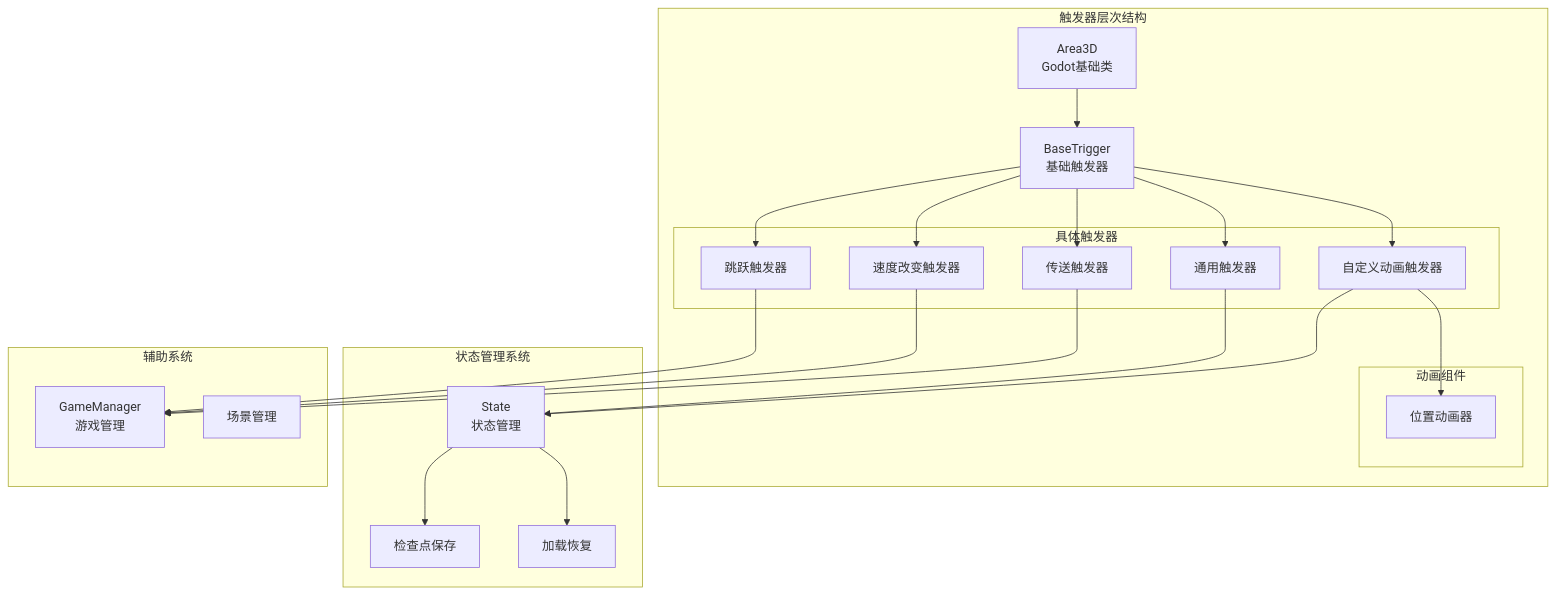
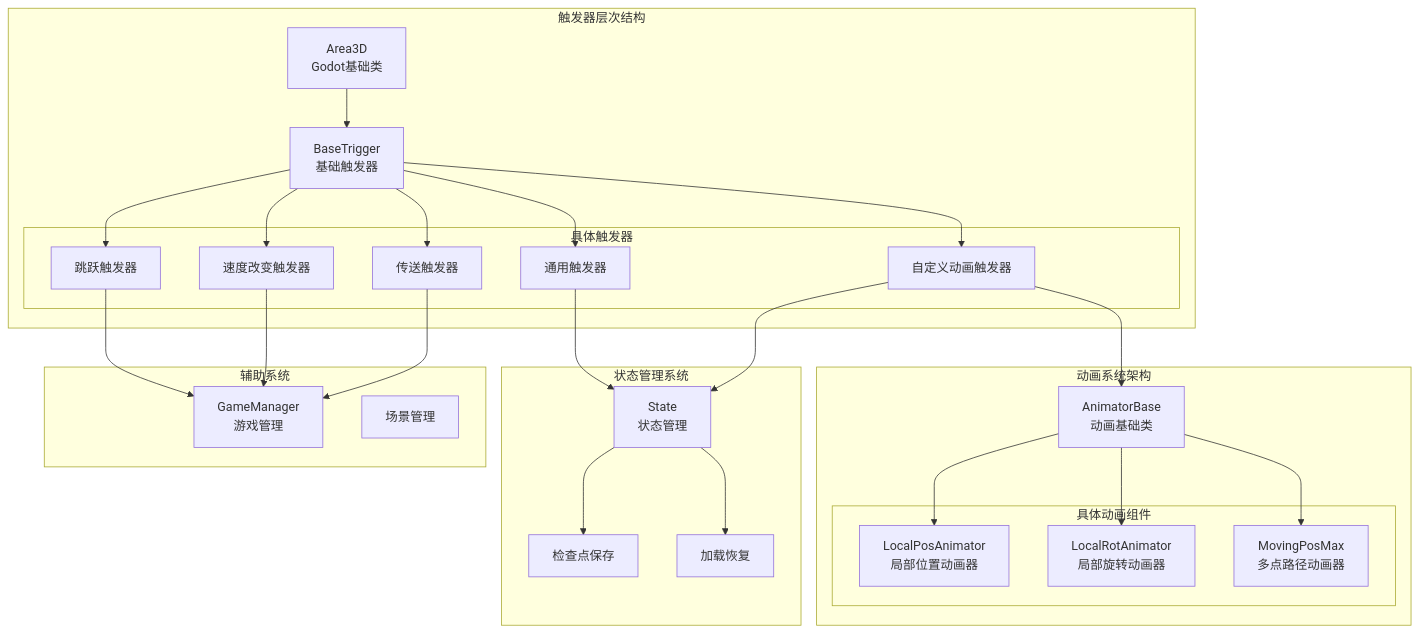
One commit to godotline/godot-line changed the third of 9 diagrams in .qoder/repowiki/zh/content/Base Trigger.md. Above: the diagram before and after it, drawn with Mermaid. The commit also changed other lines of this file and 13 other files, not shown here.

````diff
--- a/.qoder/repowiki/zh/content/Base Trigger.md
+++ b/.qoder/repowiki/zh/content/Base Trigger.md
@@ -183,40 +237,48 @@
 ```mermaid
 graph TB
 subgraph "触发器层次结构"
 AT[Area3D<br/>Godot基础类]
 BT[BaseTrigger<br/>基础触发器]
 subgraph "具体触发器"
 CT[通用触发器]
 JT[跳跃触发器]
 CST[速度改变触发器]
 TPT[传送触发器]
 CAT[自定义动画触发器]
 end
-subgraph "动画组件"
-TA[位置动画器]
+end
+subgraph "动画系统架构"
+AB[AnimatorBase<br/>动画基础类]
+subgraph "具体动画组件"
+LPA[LocalPosAnimator<br/>局部位置动画器]
+LRA[LocalRotAnimator<br/>局部旋转动画器]
+MPM[MovingPosMax<br/>多点路径动画器]
 end
 end
 subgraph "状态管理系统"
 SM[State<br/>状态管理]
 CP[检查点保存]
 LR[加载恢复]
 end
 subgraph "辅助系统"
 GM[GameManager<br/>游戏管理]
 SC[场景管理]
 end
 AT --> BT
 BT --> CT
 BT --> JT
 BT --> CST
 BT --> TPT
 BT --> CAT
-CAT --> TA
+CAT --> AB
+AB --> LPA
+AB --> LRA
+AB --> MPM
 CT --> SM
 JT --> GM
 CST --> GM
 TPT --> GM
 CAT --> SM
 SM --> CP
 SM --> LR
 ```
````
